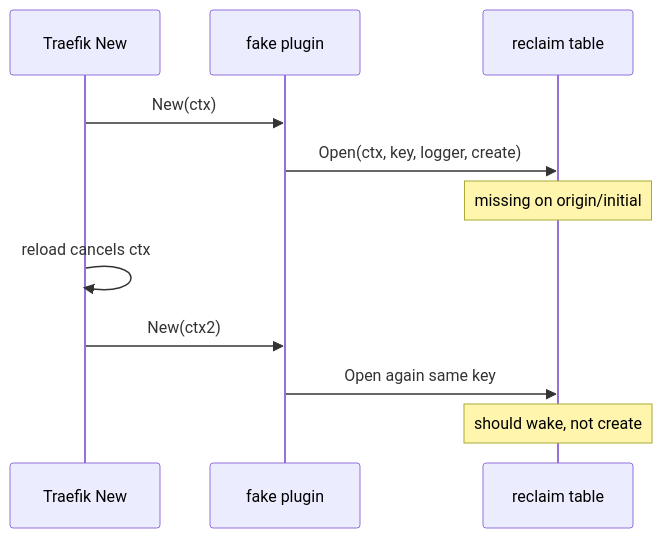
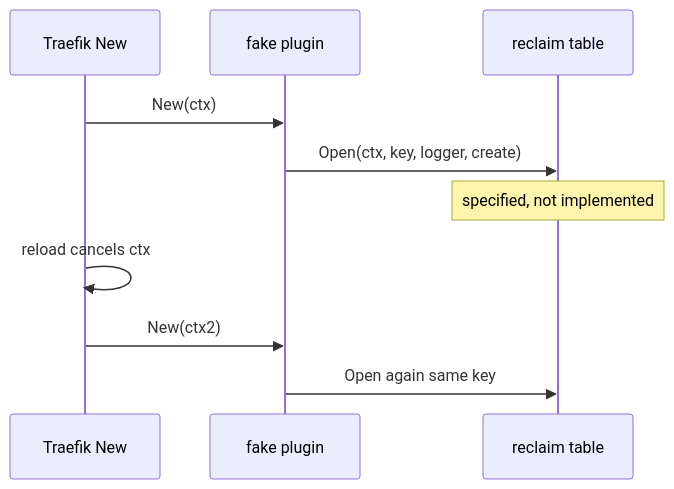
The diagram in devstate/2026/09/2026-09-11-reclaim-table/card.md (david-garcia-garcia/traefik-middleware-utilities), drawn with Mermaid before and after one commit. The commit also changed other lines of this file and 4 other files, not shown here.

````diff
--- a/devstate/2026/09/2026-09-11-reclaim-table/card.md
+++ b/devstate/2026/09/2026-09-11-reclaim-table/card.md
@@ -21,13 +21,12 @@
 ```mermaid
 sequenceDiagram
   participant T as Traefik New
   participant P as fake plugin
   participant R as reclaim table
   T->>P: New(ctx)
   P->>R: Open(ctx, key, logger, create)
-  Note over R: missing on origin/initial
+  Note over R: specified, not implemented
   T->>T: reload cancels ctx
   T->>P: New(ctx2)
   P->>R: Open again same key
-  Note over R: should wake, not create
 ```
````
